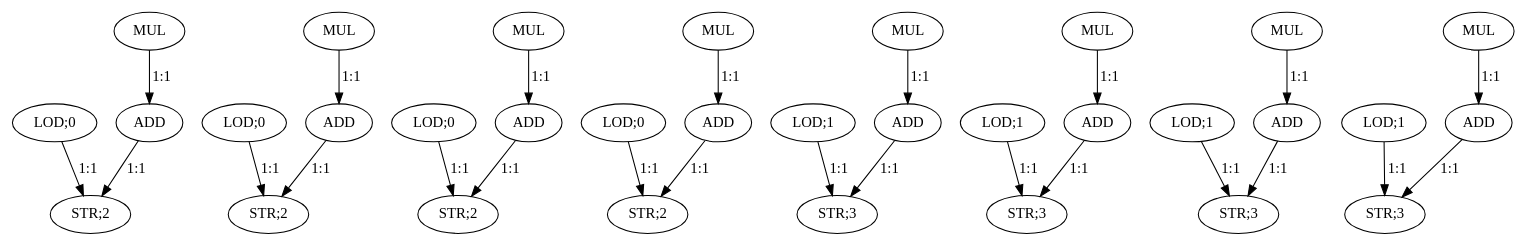
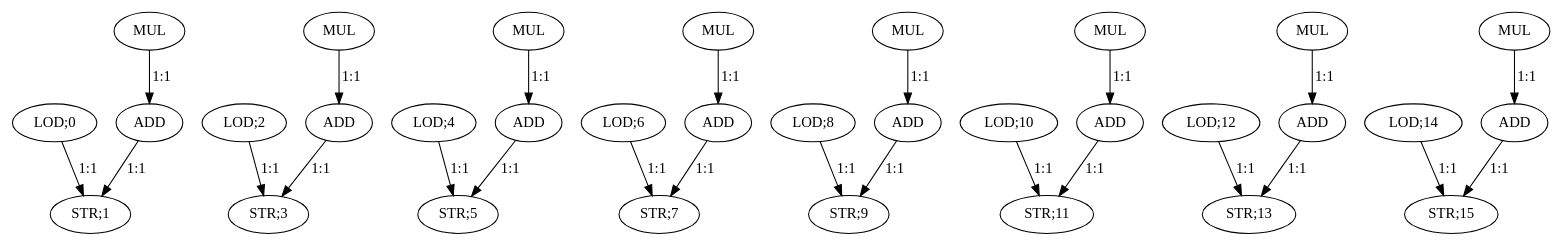
One commit to nikhilsambhus/DFGprop changed the diagram in large_dfgs/Express_loadUpward/mpeg_idct.dot. Above: the diagram before and after it, drawn with Graphviz.

Commit message:
Annotated mpeg idct

```diff
--- a/large_dfgs/Express_loadUpward/mpeg_idct.dot
+++ b/large_dfgs/Express_loadUpward/mpeg_idct.dot
@@ -1,59 +1,59 @@
 digraph  {
    0 [label="LOD;0"];
    1 [label="MUL"];
    2 [label="ADD"];
-   3 [label="STR;2"];
-   4 [label="LOD;0"];
+   3 [label="STR;1"];
+   4 [label="LOD;2"];
    5 [label="MUL"];
    6 [label="ADD"];
-   7 [label="STR;2"];
-   8 [label="LOD;0"];
+   7 [label="STR;3"];
+   8 [label="LOD;4"];
    9 [label="MUL"];
    10 [label="ADD"];
-   11 [label="STR;2"];
-   12 [label="LOD;0"];
+   11 [label="STR;5"];
+   12 [label="LOD;6"];
    13 [label="MUL"];
    14 [label="ADD"];
-   15 [label="STR;2"];
-   16 [label="LOD;1"];
+   15 [label="STR;7"];
+   16 [label="LOD;8"];
    17 [label="MUL"];
    18 [label="ADD"];
-   19 [label="STR;3"];
-   20 [label="LOD;1"];
+   19 [label="STR;9"];
+   20 [label="LOD;10"];
    21 [label="MUL"];
    22 [label="ADD"];
-   23 [label="STR;3"];
-   24 [label="LOD;1"];
+   23 [label="STR;11"];
+   24 [label="LOD;12"];
    25 [label="MUL"];
    26 [label="ADD"];
-   27 [label="STR;3"];
-   28 [label="LOD;1"];
+   27 [label="STR;13"];
+   28 [label="LOD;14"];
    29 [label="MUL"];
    30 [label="ADD"];
-   31 [label="STR;3"];
+   31 [label="STR;15"];
 
    0->3 [label="1:1"];
    1->2 [label="1:1"];
    2->3 [label="1:1"];
    4->7 [label="1:1"];
    5->6 [label="1:1"];
    6->7 [label="1:1"];
    8->11 [label="1:1"];
    9->10 [label="1:1"];
    10->11 [label="1:1"];
    12->15 [label="1:1"];
    13->14 [label="1:1"];
    14->15 [label="1:1"];
    16->19 [label="1:1"];
    17->18 [label="1:1"];
    18->19 [label="1:1"];
    20->23 [label="1:1"];
    21->22 [label="1:1"];
    22->23 [label="1:1"];
    24->27 [label="1:1"];
    25->26 [label="1:1"];
    26->27 [label="1:1"];
    28->31 [label="1:1"];
    29->30 [label="1:1"];
    30->31 [label="1:1"];
 }
```
